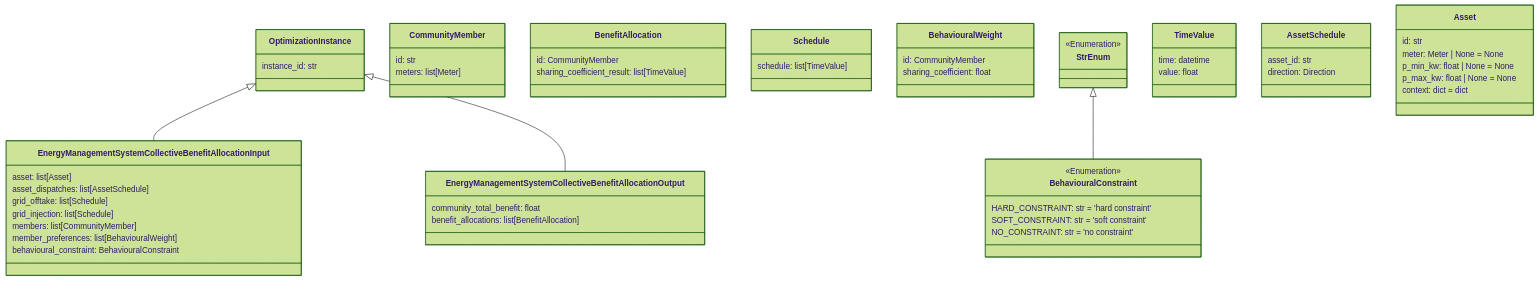
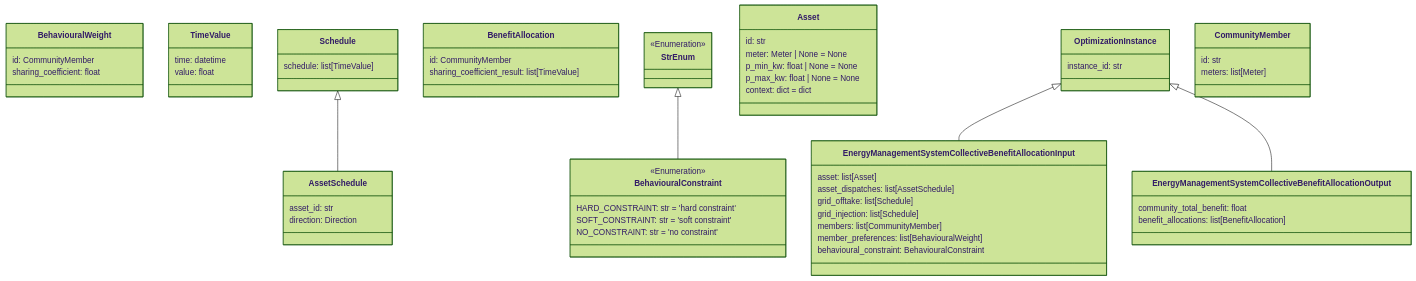
Before and after one commit to U2DemoProject/AlgorithmDTOsWP4T1: the diagram in doc/mermaid_charts/energy_management_system_collective_benefit_allocation_dto.md, drawn with Mermaid (forest theme). The commit also changed 9 other files, not shown here.

````diff
--- a/doc/mermaid_charts/energy_management_system_collective_benefit_allocation_dto.md
+++ b/doc/mermaid_charts/energy_management_system_collective_benefit_allocation_dto.md
@@ -1,76 +1,77 @@
 ```mermaid
 classDiagram
 
-    class OptimizationInstance {
-        instance_id: str
+    class BehaviouralConstraint {
+        <<Enumeration>>
+        HARD_CONSTRAINT: str = 'hard constraint'
+        SOFT_CONSTRAINT: str = 'soft constraint'
+        NO_CONSTRAINT: str = 'no constraint'
     }
 
-    class CommunityMember {
-        id: str
-        meters: list[Meter]
+    class BehaviouralWeight {
+        id: CommunityMember
+        sharing_coefficient: float
     }
 
-    class BenefitAllocation {
-        id: CommunityMember
-        sharing_coefficient_result: list[TimeValue]
-    }
-
-    class Schedule {
-        schedule: list[TimeValue]
+    class TimeValue {
+        time: datetime
+        value: float
     }
 
     class EnergyManagementSystemCollectiveBenefitAllocationInput {
         asset: list[Asset]
         asset_dispatches: list[AssetSchedule]
         grid_offtake: list[Schedule]
         grid_injection: list[Schedule]
         members: list[CommunityMember]
         member_preferences: list[BehaviouralWeight]
         behavioural_constraint: BehaviouralConstraint
     }
 
-    class BehaviouralWeight {
-        id: CommunityMember
-        sharing_coefficient: float
+    class Schedule {
+        schedule: list[TimeValue]
     }
 
-    class BehaviouralConstraint {
-        <<Enumeration>>
-        HARD_CONSTRAINT: str = 'hard constraint'
-        SOFT_CONSTRAINT: str = 'soft constraint'
-        NO_CONSTRAINT: str = 'no constraint'
-    }
-
-    class EnergyManagementSystemCollectiveBenefitAllocationOutput {
-        community_total_benefit: float
-        benefit_allocations: list[BenefitAllocation]
+    class BenefitAllocation {
+        id: CommunityMember
+        sharing_coefficient_result: list[TimeValue]
     }
 
     class StrEnum {
         <<Enumeration>>
-    }
-
-    class TimeValue {
-        time: datetime
-        value: float
-    }
-
-    class AssetSchedule {
-        asset_id: str
-        direction: Direction
     }
 
     class Asset {
         id: str
         meter: Meter | None = None
         p_min_kw: float | None = None
         p_max_kw: float | None = None
         context: dict = dict
     }
 
+    class OptimizationInstance {
+        instance_id: str
+    }
 
+    class EnergyManagementSystemCollectiveBenefitAllocationOutput {
+        community_total_benefit: float
+        benefit_allocations: list[BenefitAllocation]
+    }
+
+    class CommunityMember {
+        id: str
+        meters: list[Meter]
+    }
+
+    class AssetSchedule {
+        asset_id: str
+        direction: Direction
+    }
+
+
+    Schedule <|-- AssetSchedule
     StrEnum <|-- BehaviouralConstraint
     OptimizationInstance <|-- EnergyManagementSystemCollectiveBenefitAllocationInput
     OptimizationInstance <|-- EnergyManagementSystemCollectiveBenefitAllocationOutput
 
 ```
````
